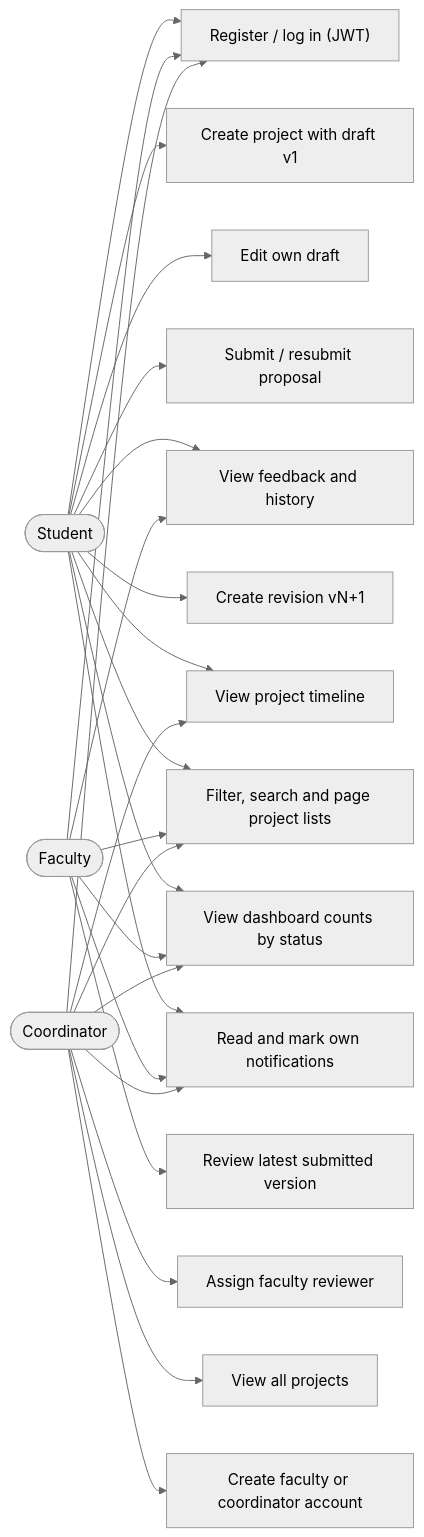
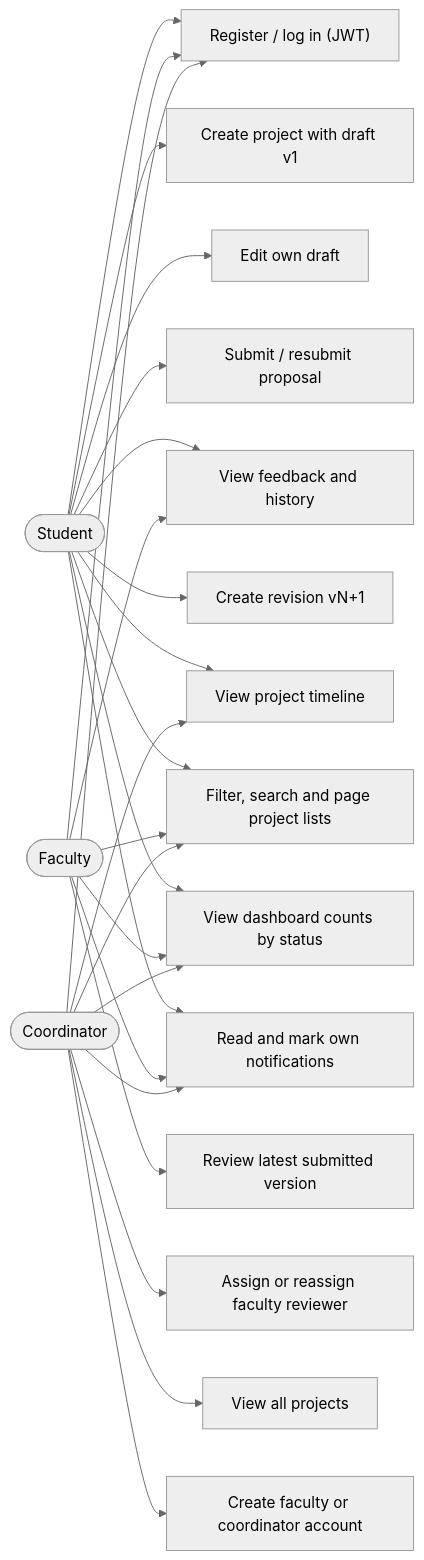
Before and after one commit to udita-0707/Prastaav: the first of 11 diagrams in docs/diagrams.md, drawn with Mermaid (neutral theme). The commit also changed other lines of this file and 8 other files, not shown here.

Commit message:
docs(project): reviewer reassignment transition, contract and diagrams

````diff
--- a/docs/diagrams.md
+++ b/docs/diagrams.md
@@ -9,23 +9,23 @@
 ```mermaid
 flowchart LR
   Student([Student])
   Faculty([Faculty])
   Coordinator([Coordinator])
   UC1["Register / log in (JWT)"]
   UC2["Create project with draft v1"]
   UC3["Edit own draft"]
   UC4["Submit / resubmit proposal"]
   UC5["View feedback and history"]
   UC6["Create revision vN+1"]
-  UC7["Assign faculty reviewer"]
+  UC7["Assign or reassign faculty reviewer"]
   UC8["Review latest submitted version"]
   UC9["View project timeline"]
   UC10["View all projects"]
   UC11["Filter, search and page project lists"]
   UC12["View dashboard counts by status"]
   UC13["Create faculty or coordinator account"]
   UC14["Read and mark own notifications"]
   Student --> UC1 & UC2 & UC3 & UC4 & UC5 & UC6 & UC9 & UC11 & UC12 & UC14
   Faculty --> UC1 & UC8 & UC5 & UC11 & UC12 & UC14
   Coordinator --> UC1 & UC7 & UC10 & UC9 & UC11 & UC12 & UC13 & UC14
 ```
````
